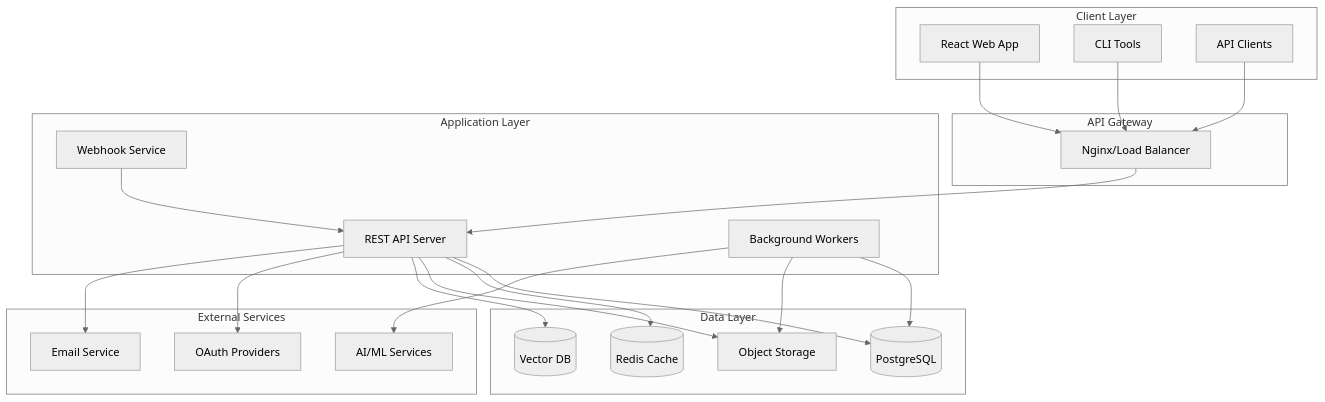
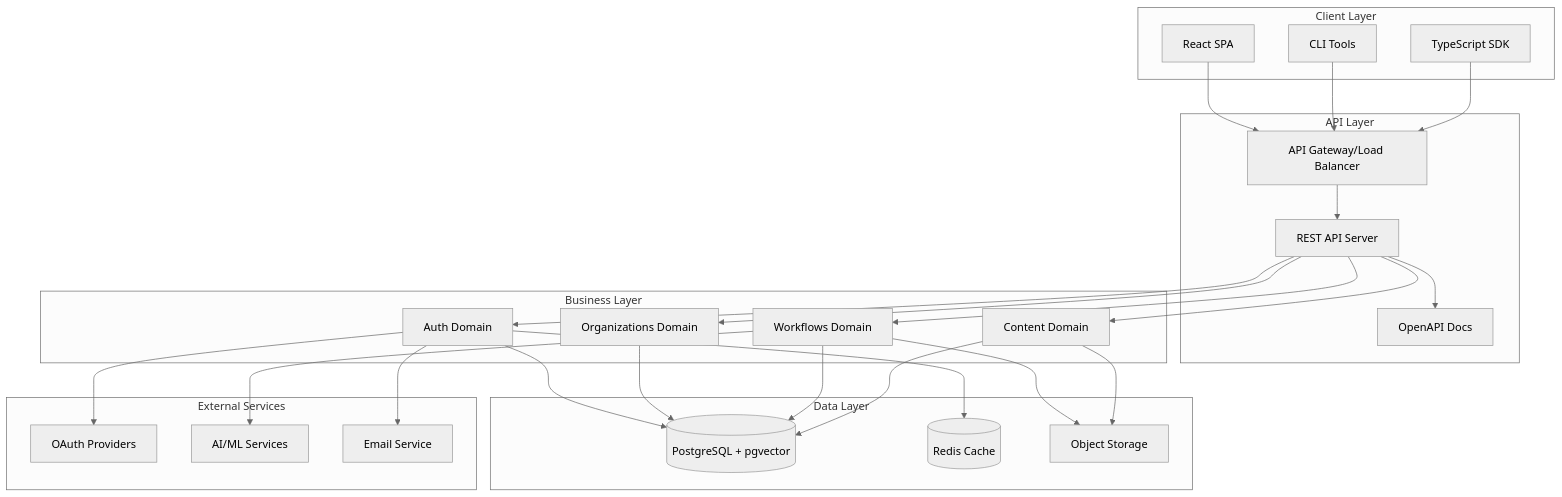
One commit to archesai/archesai changed the first of 4 diagrams in docs/ARCHITECTURE.md. Above: the diagram before and after it, drawn with Mermaid (neutral theme). The commit also changed other lines of this file and 25 other files, not shown here.

````diff
--- a/docs/ARCHITECTURE.md
+++ b/docs/ARCHITECTURE.md
@@ -55,49 +36,57 @@
 ```mermaid
 graph TB
     subgraph "Client Layer"
-        WEB[React Web App]
+        WEB[React SPA]
         CLI[CLI Tools]
-        API_CLIENT[API Clients]
+        SDK[TypeScript SDK]
     end
 
-    subgraph "API Gateway"
-        NGINX[Nginx/Load Balancer]
+    subgraph "API Layer"
+        GATEWAY[API Gateway/Load Balancer]
+        API[REST API Server]
+        DOCS[OpenAPI Docs]
     end
 
-    subgraph "Application Layer"
-        API[REST API Server]
-        WORKER[Background Workers]
-        WEBHOOK[Webhook Service]
+    subgraph "Business Layer"
+        AUTH[Auth Domain]
+        ORG[Organizations Domain]
+        WORK[Workflows Domain]
+        CONT[Content Domain]
     end
 
     subgraph "Data Layer"
-        PG[(PostgreSQL)]
+        PG[(PostgreSQL + pgvector)]
         REDIS[(Redis Cache)]
         S3[Object Storage]
-        VECTOR[(Vector DB)]
     end
 
     subgraph "External Services"
-        AUTH_PROVIDER[OAuth Providers]
-        AI_SERVICE[AI/ML Services]
+        OAUTH[OAuth Providers]
+        AI[AI/ML Services]
         EMAIL[Email Service]
     end
 
-    WEB --> NGINX
-    CLI --> NGINX
-    API_CLIENT --> NGINX
+    WEB --> GATEWAY
+    CLI --> GATEWAY
+    SDK --> GATEWAY
 
-    NGINX --> API
-    API --> PG
-    API --> REDIS
-    API --> S3
-    API --> VECTOR
+    GATEWAY --> API
+    API --> DOCS
 
-    WORKER --> PG
-    WORKER --> S3
-    WORKER --> AI_SERVICE
+    API --> AUTH
+    API --> ORG
+    API --> WORK
+    API --> CONT
 
-    API --> AUTH_PROVIDER
-    API --> EMAIL
-    WEBHOOK --> API
+    AUTH --> PG
+    AUTH --> REDIS
+    ORG --> PG
+    WORK --> PG
+    WORK --> S3
+    CONT --> PG
+    CONT --> S3
+
+    AUTH --> OAUTH
+    AUTH --> EMAIL
+    WORK --> AI
 ```
````
